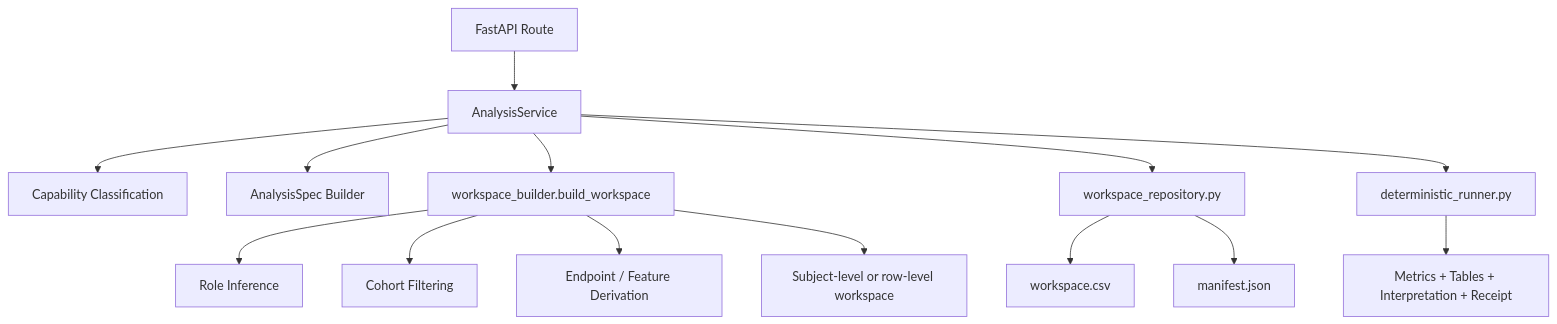
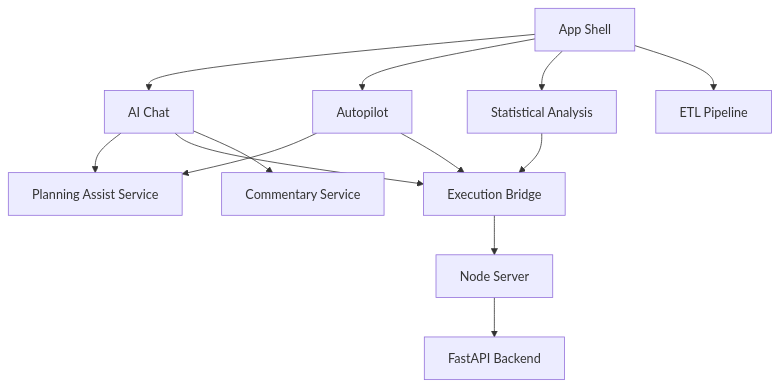
The fifth of 6 diagrams in README.md (mnikor/Study-Data-analysis), drawn with Mermaid before and after one commit. The commit also changed other lines of this file and 35 other files, not shown here.

Commit message:
Improve analysis workflows architecture and docs

````diff
--- a/README.md
+++ b/README.md
@@ -308,18 +245,18 @@
 ```mermaid
-flowchart TD
-    API["FastAPI Route"] --> SERVICE["AnalysisService"]
-    SERVICE --> CLASSIFY["Capability Classification"]
-    SERVICE --> SPEC["AnalysisSpec Builder"]
-    SERVICE --> WS_BUILD["workspace_builder.build_workspace"]
-    WS_BUILD --> ROLE["Role Inference"]
-    WS_BUILD --> FILTER["Cohort Filtering"]
-    WS_BUILD --> DERIVE["Endpoint / Feature Derivation"]
-    WS_BUILD --> FRAME["Subject-level or row-level workspace"]
+graph TD
+    APP["App Shell"] --> CHAT["AI Chat"]
+    APP --> AUTO["Autopilot"]
+    APP --> STATS["Statistical Analysis"]
+    APP --> ETL["ETL Pipeline"]
 
-    SERVICE --> WS_REPO["workspace_repository.py"]
-    WS_REPO --> CSV["workspace.csv"]
-    WS_REPO --> MANIFEST["manifest.json"]
+    CHAT --> PLANASSIST["Planning Assist Service"]
+    CHAT --> EXECBRIDGE["Execution Bridge"]
+    CHAT --> COMMENTARY["Commentary Service"]
 
-    SERVICE --> RUNNER["deterministic_runner.py"]
-    RUNNER --> OUT["Metrics + Tables + Interpretation + Receipt"]
+    AUTO --> PLANASSIST
+    AUTO --> EXECBRIDGE
+    STATS --> EXECBRIDGE
+
+    EXECBRIDGE --> NODE["Node Server"]
+    NODE --> FASTAPI["FastAPI Backend"]
 ```
````
